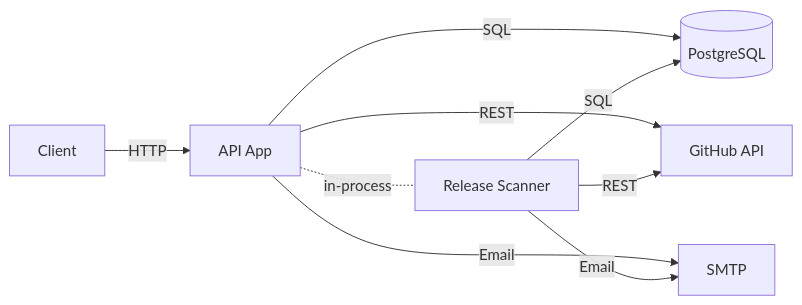
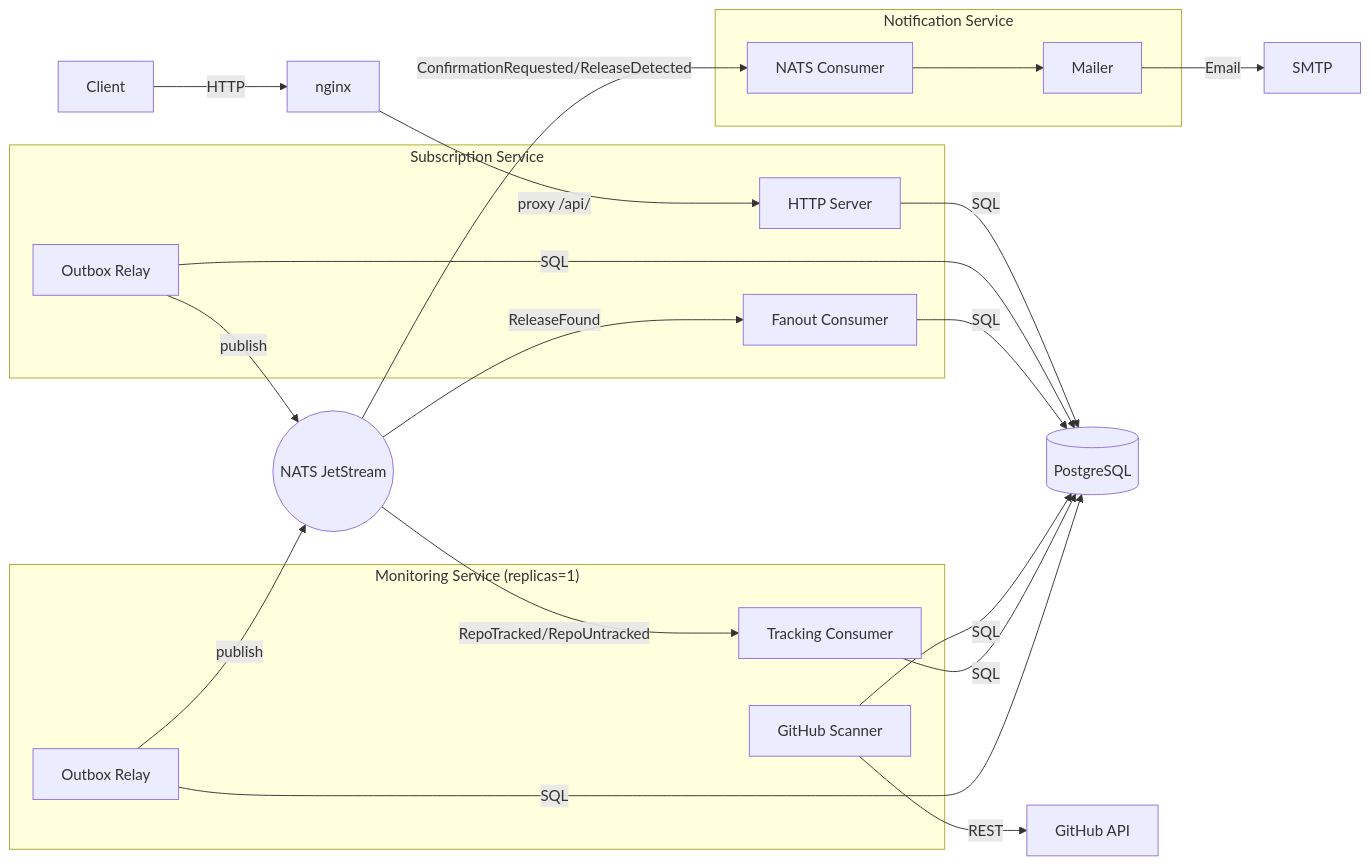
One commit to GenesisEducationKyiv/software-engineering-school-6-0-RodionShapoval5758 changed the first of 6 diagrams in docs/SDD.md. Above: the diagram before and after it, drawn with Mermaid. The commit also changed other lines of this file and 173 other files, not shown here.

First line of the commit message:
refactor: decompose monolith into subscription and monitoring services

````diff
--- a/docs/SDD.md
+++ b/docs/SDD.md
@@ -45,14 +45,48 @@
 ```mermaid
 flowchart LR
-    Client[Client] -->|HTTP| App[API App]
+    Client[Client]
+    nginx[nginx]
 
-    App -->|SQL| DB[(PostgreSQL)]
-    App -->|REST| GitHub[GitHub API]
-    App -->|Email| Mail[SMTP]
+    subgraph subscription["Subscription Service"]
+        HTTP[HTTP Server]
+        FW[Fanout Consumer]
+        Relay1[Outbox Relay]
+    end
 
-    Worker[Release Scanner] -->|REST| GitHub
-    Worker -->|SQL| DB
-    Worker -->|Email| Mail
+    subgraph monitoring["Monitoring Service (replicas=1)"]
+        Scanner[GitHub Scanner]
+        TrackingConsumer[Tracking Consumer]
+        Relay2[Outbox Relay]
+    end
 
-    App -. in-process .- Worker
+    subgraph notification["Notification Service"]
+        NotifConsumer[NATS Consumer]
+        Mailer[Mailer]
+    end
+
+    DB[(PostgreSQL)]
+    NATS((NATS JetStream))
+    GitHub[GitHub API]
+    SMTP[SMTP]
+
+    Client -->|HTTP| nginx
+    nginx -->|proxy /api/| HTTP
+
+    HTTP -->|SQL| DB
+    Relay1 -->|SQL| DB
+    FW -->|SQL| DB
+
+    Scanner -->|SQL| DB
+    TrackingConsumer -->|SQL| DB
+    Relay2 -->|SQL| DB
+    Scanner -->|REST| GitHub
+
+    Relay1 -->|publish| NATS
+    Relay2 -->|publish| NATS
+    NATS -->|ReleaseFound| FW
+    NATS -->|RepoTracked/RepoUntracked| TrackingConsumer
+    NATS -->|ConfirmationRequested/ReleaseDetected| NotifConsumer
+
+    NotifConsumer --> Mailer
+    Mailer -->|Email| SMTP
 ```
````
